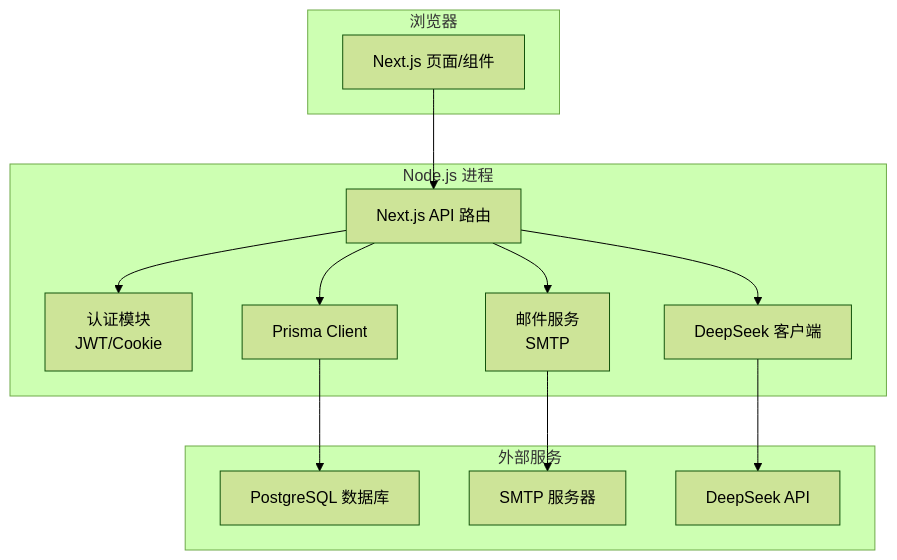
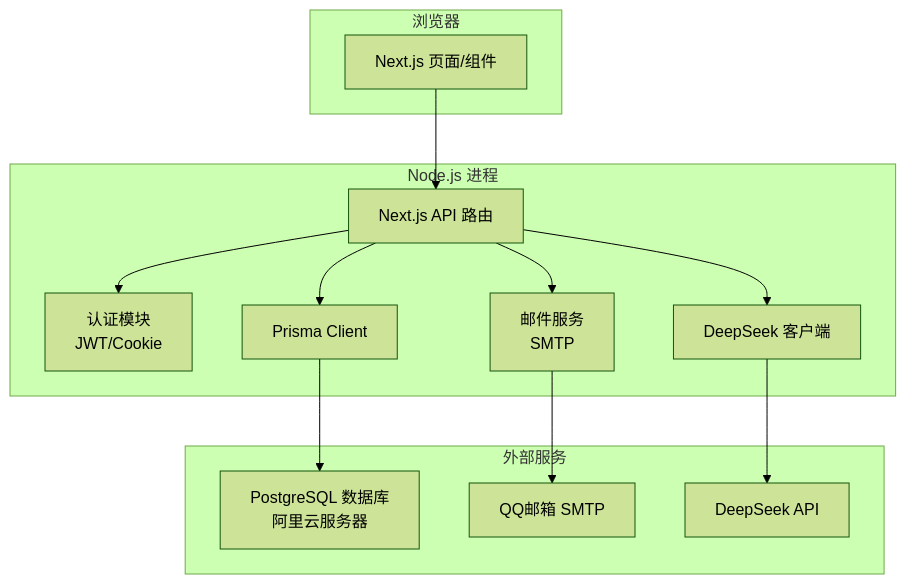
One commit to kangkang919/xinya changed the second of 3 diagrams in .qoder/repowiki/zh/content/开发指南/开发环境搭建.md. Above: the diagram before and after it, drawn with Mermaid (forest theme). The commit also changed other lines of this file and 27 other files, not shown here.

````diff
--- a/.qoder/repowiki/zh/content/开发指南/开发环境搭建.md
+++ b/.qoder/repowiki/zh/content/开发指南/开发环境搭建.md
@@ -75,26 +174,26 @@
 ```mermaid
 graph TB
 subgraph "浏览器"
 UI["Next.js 页面/组件"]
 end
 subgraph "Node.js 进程"
 API["Next.js API 路由"]
 Auth["认证模块<br/>JWT/Cookie"]
 Mailer["邮件服务<br/>SMTP"]
 AI["DeepSeek 客户端"]
 DBClient["Prisma Client"]
 end
 subgraph "外部服务"
-PG["PostgreSQL 数据库"]
-SMTP["SMTP 服务器"]
+PG["PostgreSQL 数据库<br/>阿里云服务器"]
+SMTP["QQ邮箱 SMTP"]
 DS["DeepSeek API"]
 end
 UI --> API
 API --> Auth
 API --> DBClient
 API --> Mailer
 API --> AI
 DBClient --> PG
 Mailer --> SMTP
 AI --> DS
 ```
````
